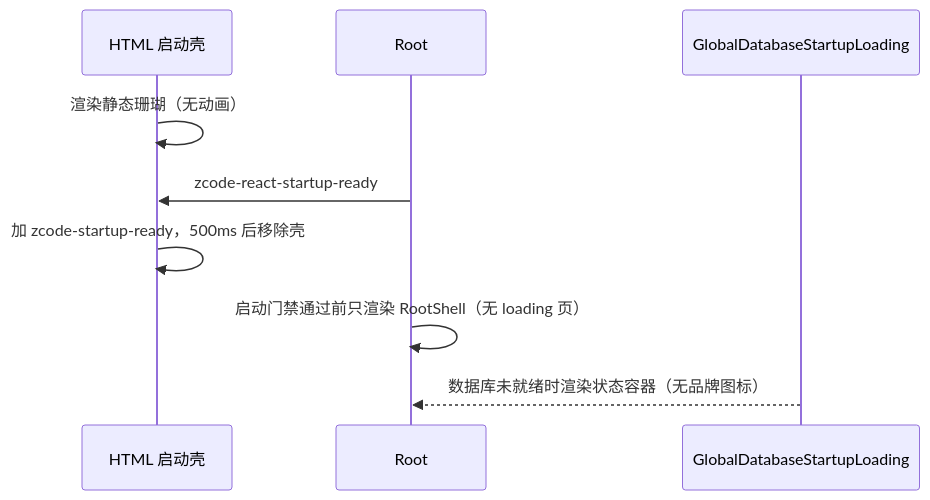
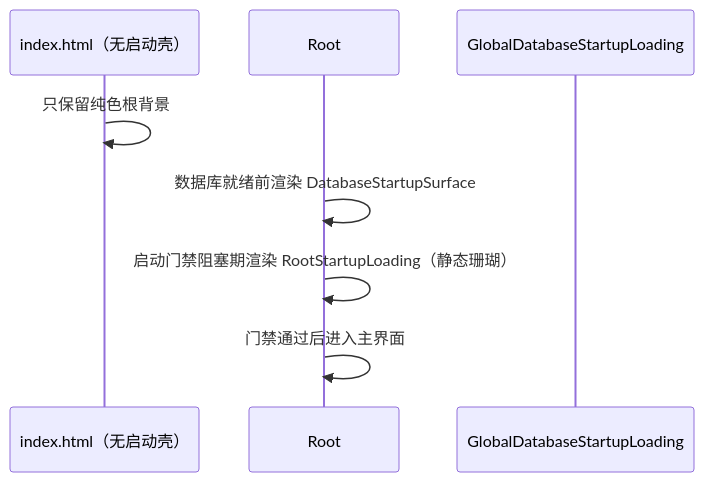
One commit to MoyaMryia/ZCodium changed the diagram in .agents/specs/zcodium-startup-identity.md. Above: the diagram before and after it, drawn with Mermaid. The commit also changed other lines of this file and 6 other files, not shown here.

First line of the commit message:
fix(desktop,web): drop the transparent startup shell and restore the static React startup page

````diff
--- a/.agents/specs/zcodium-startup-identity.md
+++ b/.agents/specs/zcodium-startup-identity.md
@@ -37,12 +43,11 @@
 ```mermaid
 sequenceDiagram
-    participant Shell as HTML 启动壳
+    participant HTML as index.html（无启动壳）
     participant React as Root
     participant DB as GlobalDatabaseStartupLoading
 
-    Shell->>Shell: 渲染静态珊瑚（无动画）
-    React->>Shell: zcode-react-startup-ready
-    Shell->>Shell: 加 zcode-startup-ready，500ms 后移除壳
-    React->>React: 启动门禁通过前只渲染 RootShell（无 loading 页）
-    DB-->>React: 数据库未就绪时渲染状态容器（无品牌图标）
+    HTML->>HTML: 只保留纯色根背景
+    React->>React: 数据库就绪前渲染 DatabaseStartupSurface
+    React->>React: 启动门禁阻塞期渲染 RootStartupLoading（静态珊瑚）
+    React->>React: 门禁通过后进入主界面
 ```
````
